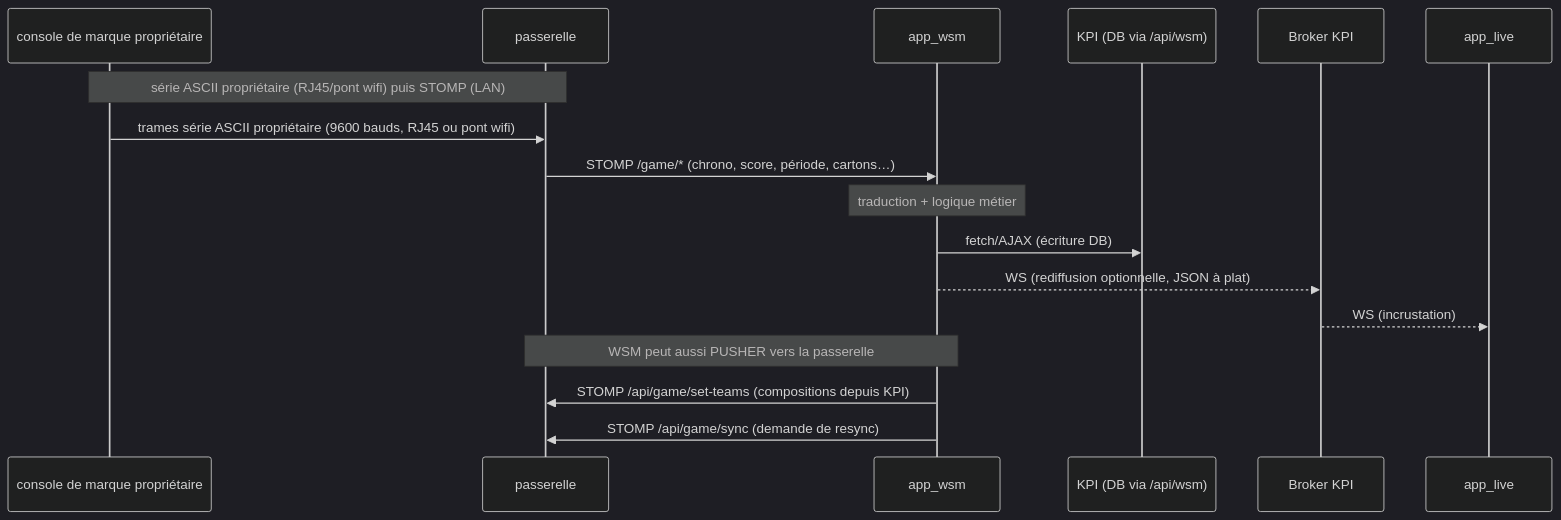
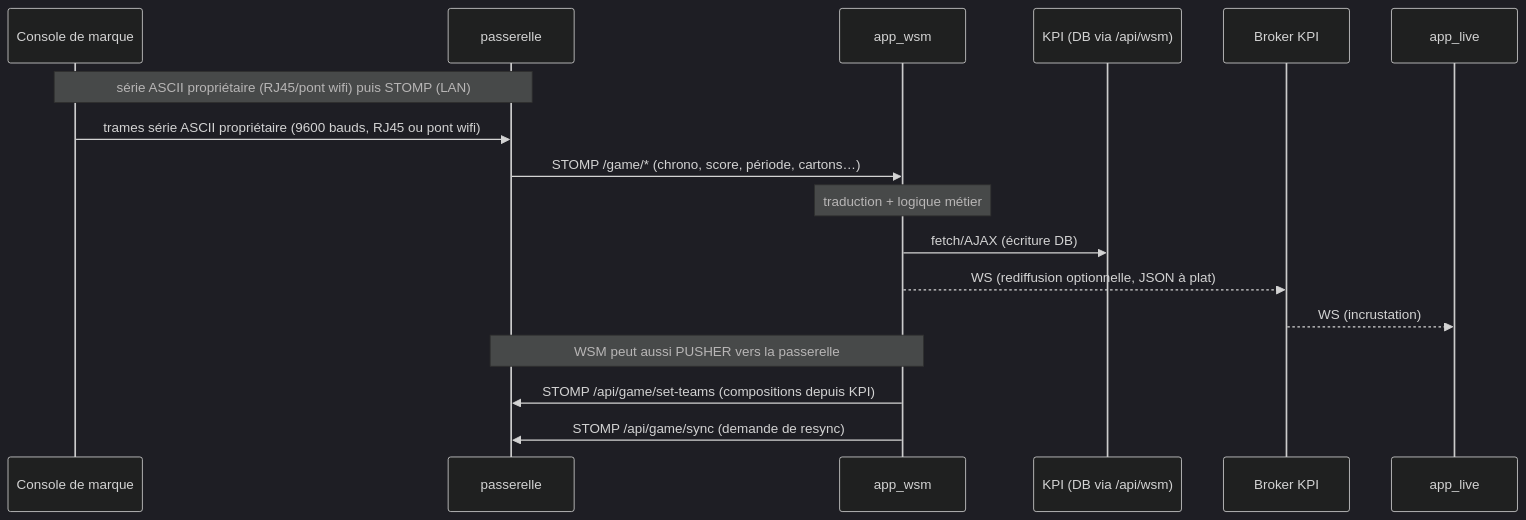
The second of 8 diagrams in DOC/developer/reference/LIVE_MATCH_WEBSOCKET_ARCHITECTURE.md (laurentgarrigue/kpi), drawn with Mermaid (dark theme) before and after one commit. The commit also changed other lines of this file and 3 other files, not shown here.

````diff
--- a/DOC/developer/reference/LIVE_MATCH_WEBSOCKET_ARCHITECTURE.md
+++ b/DOC/developer/reference/LIVE_MATCH_WEBSOCKET_ARCHITECTURE.md
@@ -175,22 +190,22 @@
 ```mermaid
 sequenceDiagram
-    participant SP as console de marque propriétaire
+    participant SP as Console de marque
     participant BXP as passerelle
     participant WSM as app_wsm
     participant DB as KPI (DB via /api/wsm)
     participant BRK as Broker KPI
     participant LIVE as app_live
 
     Note over SP,BXP: série ASCII propriétaire (RJ45/pont wifi) puis STOMP (LAN)
     SP->>BXP: trames série ASCII propriétaire (9600 bauds, RJ45 ou pont wifi)
     BXP->>WSM: STOMP /game/* (chrono, score, période, cartons…)
 
     Note over WSM: traduction + logique métier
     WSM->>DB: fetch/AJAX (écriture DB)
     WSM-->>BRK: WS (rediffusion optionnelle, JSON à plat)
     BRK-->>LIVE: WS (incrustation)
 
     Note over WSM,BXP: WSM peut aussi PUSHER vers la passerelle
     WSM->>BXP: STOMP /api/game/set-teams (compositions depuis KPI)
     WSM->>BXP: STOMP /api/game/sync (demande de resync)
 ```
````
